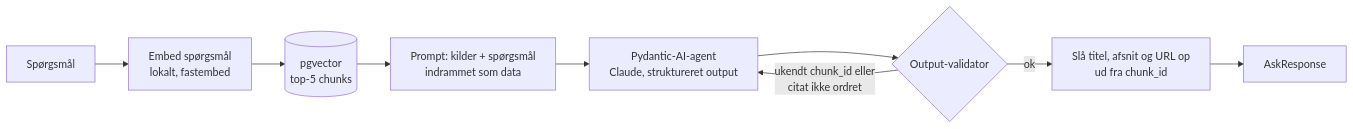
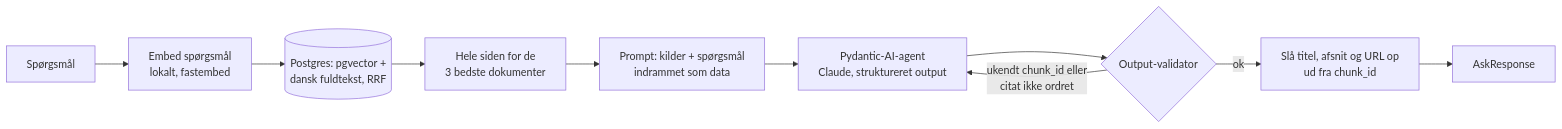
One commit to erikhermansen/odense-rag changed the diagram in README.md. Above: the diagram before and after it, drawn with Mermaid. The commit also changed other lines of this file and 5 other files, not shown here.

````diff
--- a/README.md
+++ b/README.md
@@ -58,11 +112,12 @@
 ```mermaid
 flowchart LR
     Q[Spørgsmål] --> E[Embed spørgsmål<br/>lokalt, fastembed]
-    E --> R[(pgvector<br/>top-5 chunks)]
-    R --> P[Prompt: kilder + spørgsmål<br/>indrammet som data]
+    E --> R[(Postgres: pgvector +<br/>dansk fuldtekst, RRF)]
+    R --> D[Hele siden for de<br/>3 bedste dokumenter]
+    D --> P[Prompt: kilder + spørgsmål<br/>indrammet som data]
     P --> L[Pydantic-AI-agent<br/>Claude, struktureret output]
     L --> V{Output-validator}
     V -- "ukendt chunk_id eller<br/>citat ikke ordret" --> L
     V -- ok --> S[Slå titel, afsnit og URL op<br/>ud fra chunk_id]
     S --> A[AskResponse]
 ```
````
